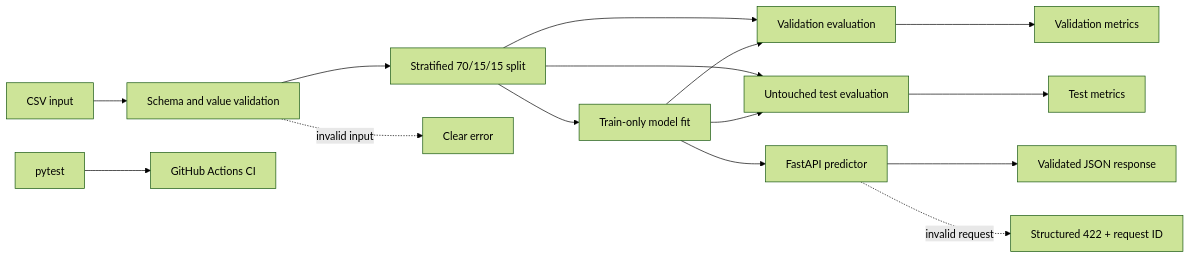
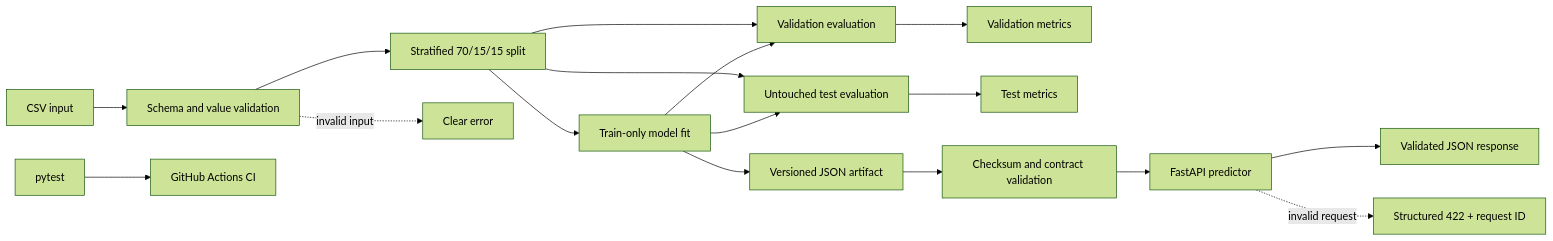
The diagram in README.md (aemref/AI-01-production-ml-classifier), drawn with Mermaid (forest theme) before and after one commit. The commit also changed other lines of this file and 2 other files, not shown here.

Commit message:
docs: establish artifact release and rollback policy

````diff
--- a/README.md
+++ b/README.md
@@ -163,17 +174,19 @@
 ```mermaid
 flowchart LR
     A[CSV input] --> B[Schema and value validation]
     B --> C[Stratified 70/15/15 split]
     C --> D[Train-only model fit]
     C --> E[Validation evaluation]
     C --> F[Untouched test evaluation]
     D --> E
     D --> F
     E --> G[Validation metrics]
     F --> H[Test metrics]
     I[pytest] --> J[GitHub Actions CI]
     B -. invalid input .-> K[Clear error]
-    D --> L[FastAPI predictor]
-    L --> M[Validated JSON response]
-    L -. invalid request .-> N[Structured 422 + request ID]
+    D --> L[Versioned JSON artifact]
+    L --> M[Checksum and contract validation]
+    M --> N[FastAPI predictor]
+    N --> O[Validated JSON response]
+    N -. invalid request .-> P[Structured 422 + request ID]
 ```
````
